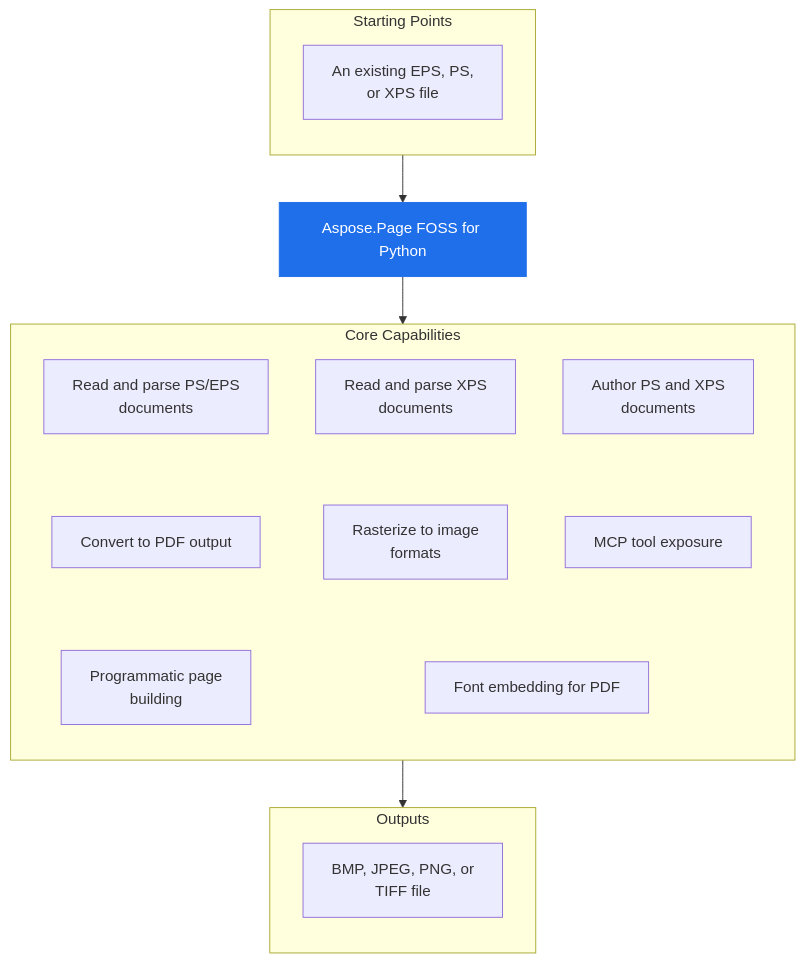
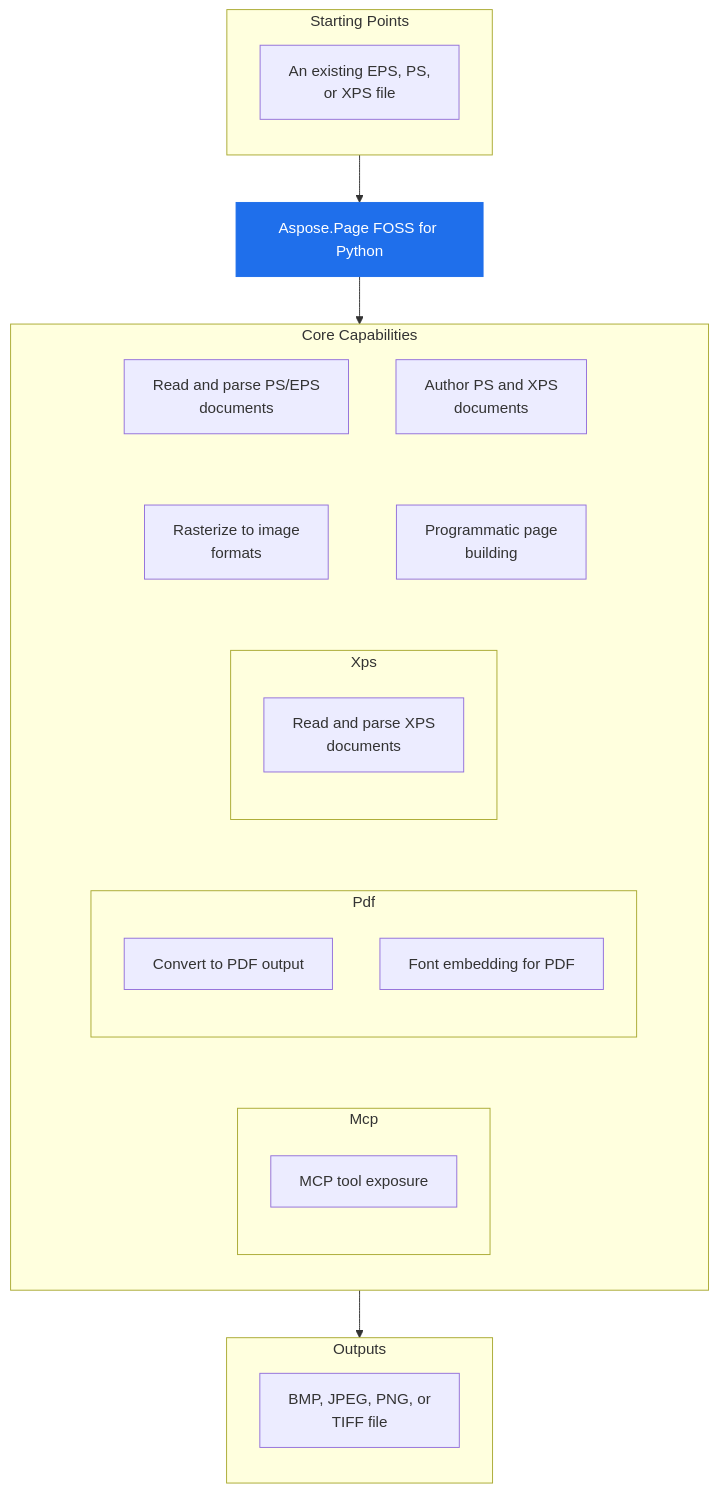
Before and after one commit to babar-raza/repo-presenter: the diagram in 43cef367cd0b2cf00cc03064ca9d29d1ff507967/README.md, drawn with Mermaid. The commit also changed other lines of this file and 8 other files, not shown here.

````diff
--- a/43cef367cd0b2cf00cc03064ca9d29d1ff507967/README.md
+++ b/43cef367cd0b2cf00cc03064ca9d29d1ff507967/README.md
@@ -25,32 +25,41 @@
 ```mermaid
 flowchart TB
   subgraph StartingPoints["Starting Points"]
     direction TB
     i1["An existing EPS, PS,<br/>or XPS file"]
   end
   PRODUCT["Aspose.Page FOSS for Python"]
   subgraph Capabilities["Core Capabilities"]
     direction TB
     c1["Read and parse PS/EPS<br/>documents"]
-    c2["Read and parse XPS<br/>documents"]
     c3["Author PS and XPS<br/>documents"]
-    c4["Convert to PDF output"]
     c5["Rasterize to image<br/>formats"]
-    c6["MCP tool exposure"]
     c7["Programmatic page<br/>building"]
-    c8["Font embedding for PDF"]
-    c1 ~~~ c4
-    c2 ~~~ c5
-    c3 ~~~ c6
-    c4 ~~~ c7
-    c5 ~~~ c8
-    c6 ~~~ c8
+    c1 ~~~ c5
+    c3 ~~~ c7
+    subgraph cg1["Xps"]
+      direction TB
+      c2["Read and parse XPS<br/>documents"]
+    end
+    subgraph cg2["Pdf"]
+      direction TB
+      c4["Convert to PDF output"]
+      c8["Font embedding for PDF"]
+    end
+    subgraph cg3["Mcp"]
+      direction TB
+      c6["MCP tool exposure"]
+    end
+    c5 ~~~ cg1
+    c7 ~~~ cg1
+    cg1 ~~~ cg2
+    cg2 ~~~ cg3
   end
   subgraph Outputs["Outputs"]
     direction TB
     o1["BMP, JPEG, PNG, or<br/>TIFF file"]
   end
   StartingPoints --> PRODUCT --> Capabilities --> Outputs
   classDef product fill:#1f6feb,stroke:#1f6feb,color:#ffffff
   class PRODUCT product
 ```
````
